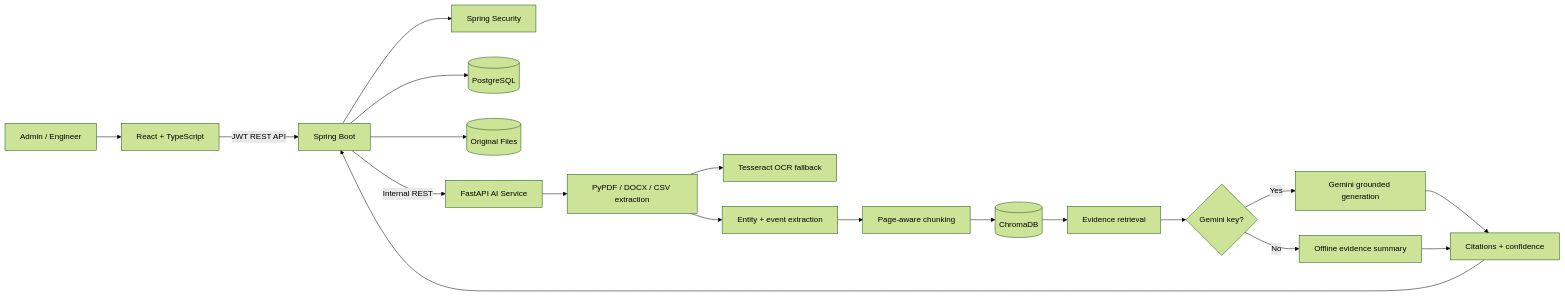
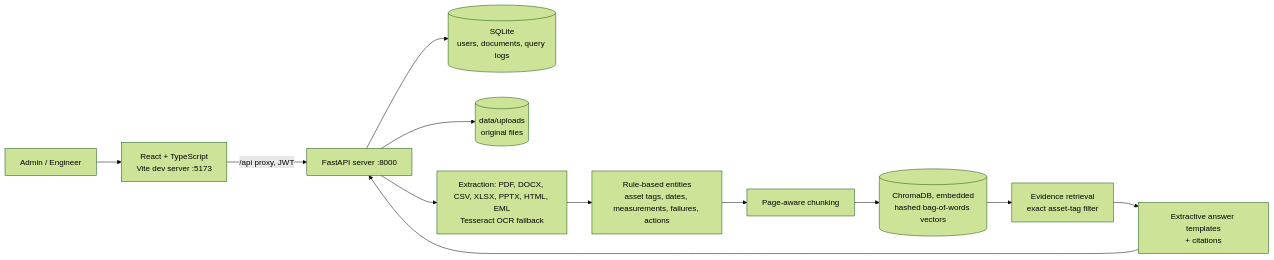
One commit to Balavigneshcse/IndustrialBrain changed the diagram in docs/architecture/system-architecture.md. Above: the diagram before and after it, drawn with Mermaid (forest theme). The commit also changed other lines of this file and 12 other files, not shown here.

````diff
--- a/docs/architecture/system-architecture.md
+++ b/docs/architecture/system-architecture.md
@@ -3,21 +5,14 @@
 ```mermaid
 flowchart LR
-    U[Admin / Engineer] --> R[React + TypeScript]
-    R -->|JWT REST API| S[Spring Boot]
-    S --> AUTH[Spring Security]
-    S --> PG[(PostgreSQL)]
-    S --> FILES[(Original Files)]
-    S -->|Internal REST| F[FastAPI AI Service]
-    F --> EX[PyPDF / DOCX / CSV extraction]
-    EX --> OCR[Tesseract OCR fallback]
-    EX --> ENT[Entity + event extraction]
+    U[Admin / Engineer] --> R[React + TypeScript<br/>Vite dev server :5173]
+    R -->|/api proxy, JWT| S[FastAPI server :8000]
+    S --> DB[(SQLite<br/>users, documents, query logs)]
+    S --> FILES[(data/uploads<br/>original files)]
+    S --> EX[Extraction: PDF, DOCX, CSV, XLSX, PPTX, HTML, EML<br/>Tesseract OCR fallback]
+    EX --> ENT[Rule-based entities<br/>asset tags, dates, measurements, failures, actions]
     ENT --> CHUNK[Page-aware chunking]
-    CHUNK --> V[(ChromaDB)]
-    V --> RET[Evidence retrieval]
-    RET --> G{Gemini key?}
-    G -->|Yes| GEM[Gemini grounded generation]
-    G -->|No| OFF[Offline evidence summary]
-    GEM --> CITE[Citations + confidence]
-    OFF --> CITE
-    CITE --> S
+    CHUNK --> V[(ChromaDB, embedded<br/>hashed bag-of-words vectors)]
+    V --> RET[Evidence retrieval<br/>exact asset-tag filter]
+    RET --> ANS[Extractive answer templates<br/>+ citations]
+    ANS --> S
 ```
````
